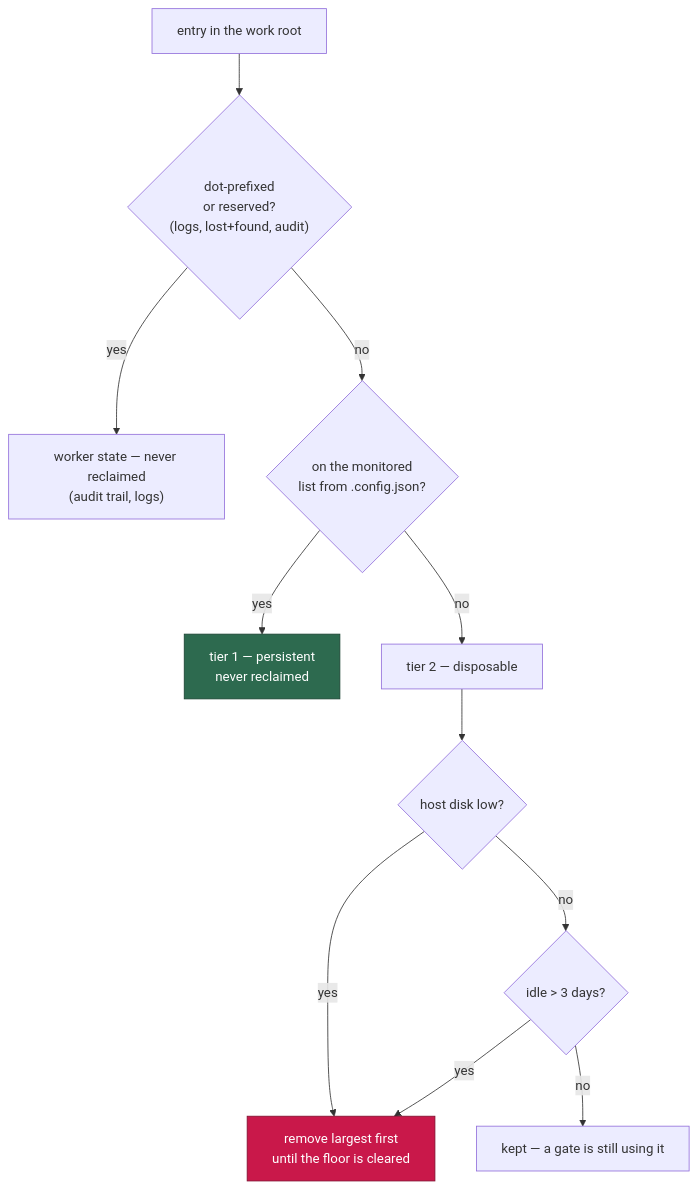
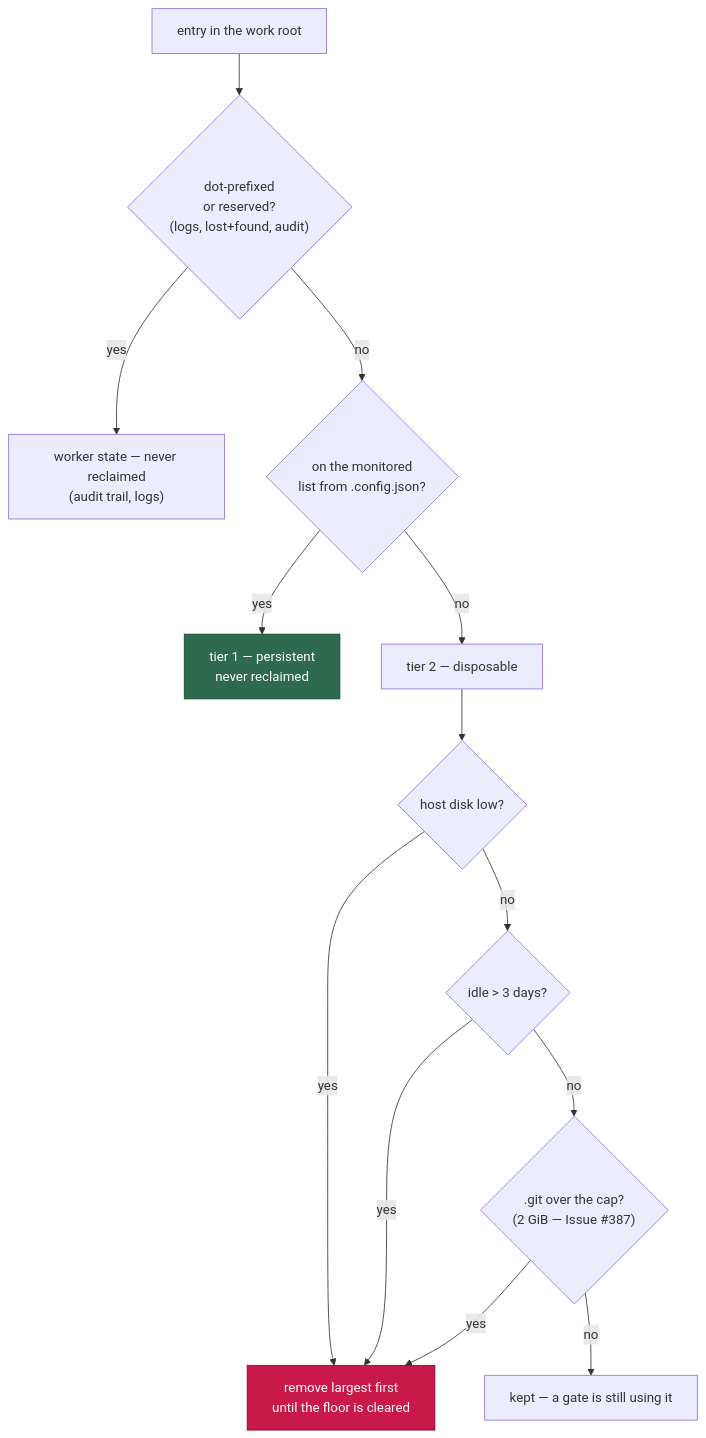
The seventh of 16 diagrams in docs/CONTAINER.md (stSoftwareAU/VibeCoder), drawn with Mermaid before and after one commit. The commit also changed other lines of this file and 7 other files, not shown here.

First line of the commit message:
Cap a warm side/data clone's git object store (#387)

````diff
--- a/docs/CONTAINER.md
+++ b/docs/CONTAINER.md
@@ -517,15 +517,17 @@
 ```mermaid
 flowchart TD
     E["entry in the work root"] --> D{"dot-prefixed<br/>or reserved?<br/>(logs, lost+found, audit)"}
     D -->|yes| S["worker state — never reclaimed<br/>(audit trail, logs)"]
     D -->|no| M{"on the monitored<br/>list from .config.json?"}
     M -->|yes| T1["tier 1 — persistent<br/>never reclaimed"]
     M -->|no| T2["tier 2 — disposable"]
     T2 --> A{"host disk low?"}
     A -->|yes| L["remove largest first<br/>until the floor is cleared"]
     A -->|no| G{"idle > 3 days?"}
     G -->|yes| L
-    G -->|no| K["kept — a gate is still using it"]
+    G -->|no| R{".git over the cap?<br/>(2 GiB — Issue #387)"}
+    R -->|yes| L
+    R -->|no| K["kept — a gate is still using it"]
     style T1 fill:#2d6a4f,stroke:#1b4332,color:#fff
     style L fill:#c9184a,stroke:#800f2f,color:#fff
 ```
````
